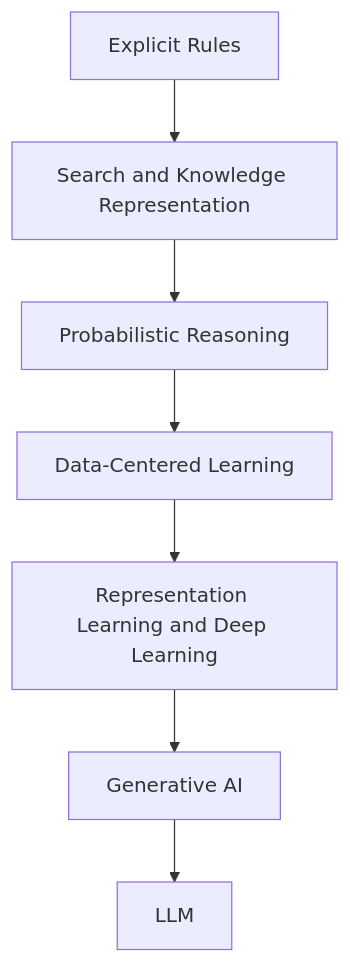
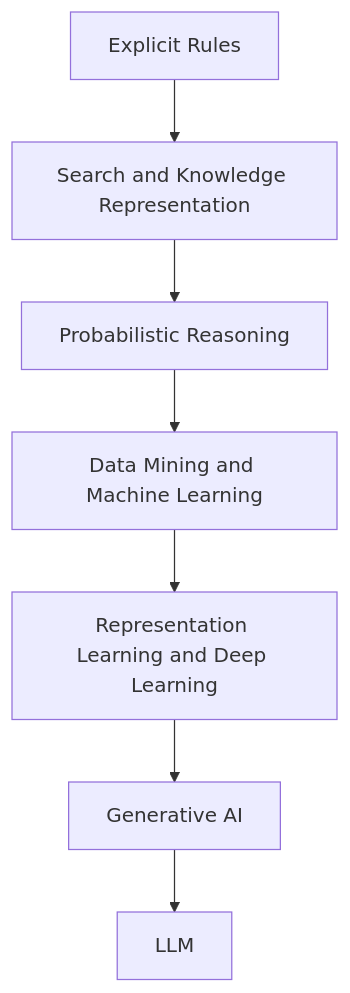
The diagram in docs/en/parts/part-01/chapter-02/section-03.md (devchan64/AiBook), drawn with Mermaid before and after one commit. The commit also changed other lines of this file and 36 other files, not shown here.

````diff
--- a/docs/en/parts/part-01/chapter-02/section-03.md
+++ b/docs/en/parts/part-01/chapter-02/section-03.md
@@ -159,17 +197,17 @@
 ```mermaid
 flowchart TD
   Rule["Explicit Rules"]
   Search["Search and Knowledge Representation"]
   Prob["Probabilistic Reasoning"]
-  Data["Data-Centered Learning"]
+  Data["Data Mining and Machine Learning"]
   Rep["Representation Learning and Deep Learning"]
   Gen["Generative AI"]
   LLM["LLM"]
 
   Rule --> Search
   Search --> Prob
   Prob --> Data
   Data --> Rep
   Rep --> Gen
   Gen --> LLM
 ```
````
